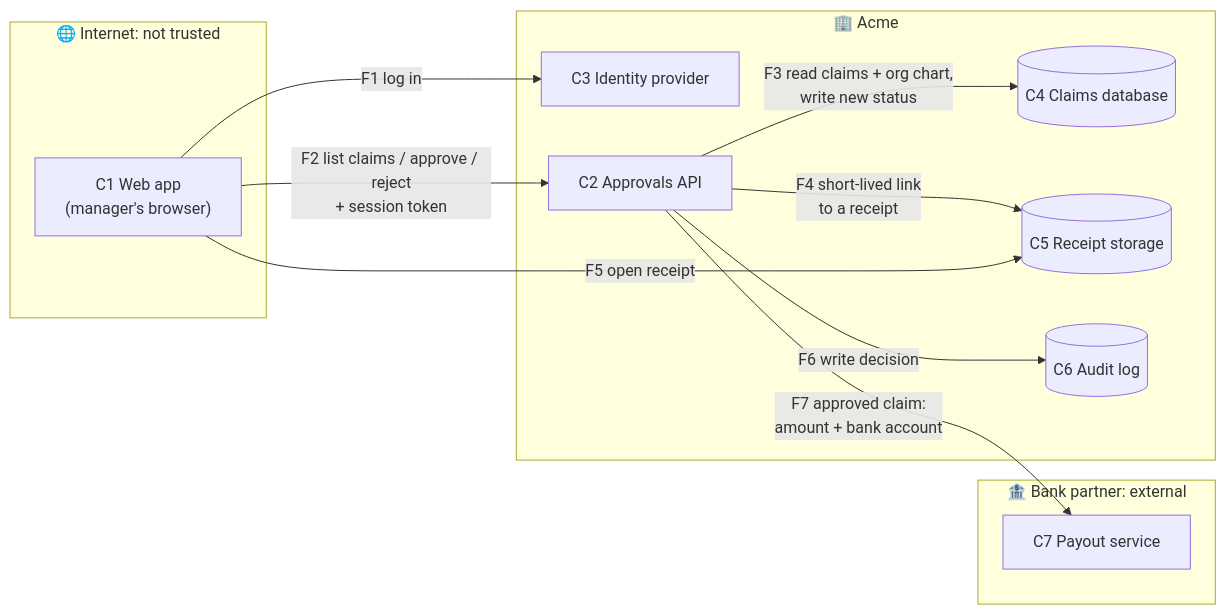
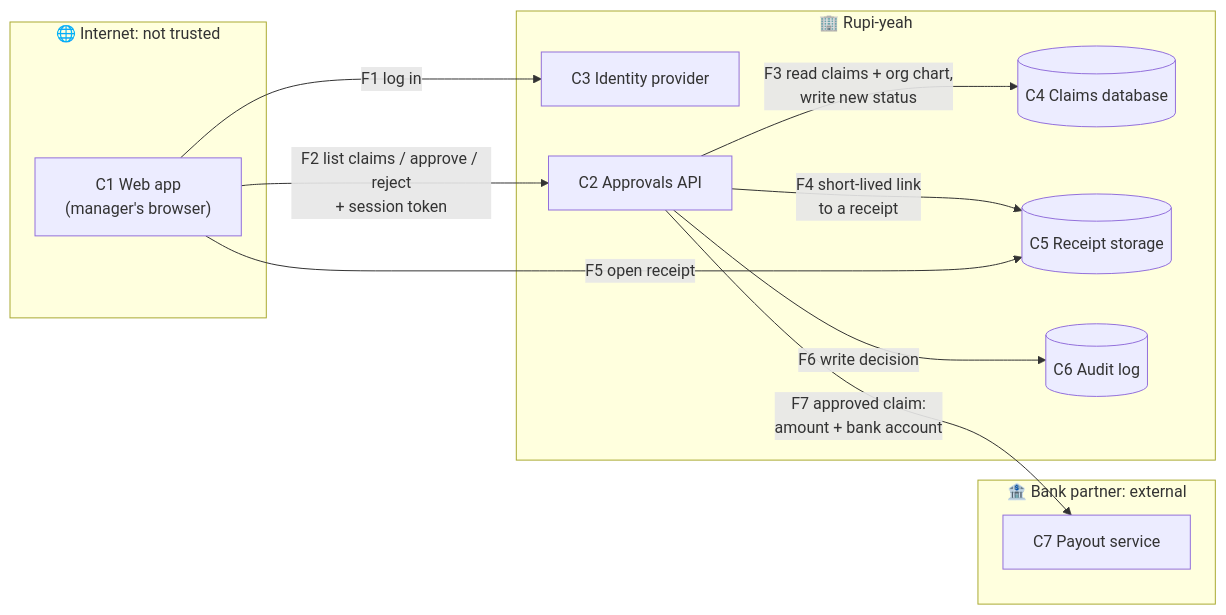
Before and after one commit to padmanabhan-r/agentic-secure-sdlc: the diagram in docs/design/expense-approval.md, drawn with Mermaid. The commit also changed other lines of this file, not shown here.

Commit message:
Design: rename to Rupi-yeah

````diff
--- a/docs/design/expense-approval.md
+++ b/docs/design/expense-approval.md
@@ -25,23 +25,23 @@
 ```mermaid
 flowchart LR
     subgraph internet["🌐 Internet: not trusted"]
         C1["C1 Web app<br/>(manager's browser)"]
     end
-    subgraph acme["🏢 Acme"]
+    subgraph rupiyeah["🏢 Rupi-yeah"]
         C3["C3 Identity provider"]
         C2["C2 Approvals API"]
         C4[("C4 Claims database")]
         C5[("C5 Receipt storage")]
         C6[("C6 Audit log")]
     end
     subgraph bank["🏦 Bank partner: external"]
         C7["C7 Payout service"]
     end
     C1 -->|"F1 log in"| C3
     C1 -->|"F2 list claims / approve / reject<br/>+ session token"| C2
     C2 -->|"F3 read claims + org chart,<br/>write new status"| C4
     C2 -->|"F4 short-lived link<br/>to a receipt"| C5
     C1 -->|"F5 open receipt"| C5
     C2 -->|"F6 write decision"| C6
     C2 -->|"F7 approved claim:<br/>amount + bank account"| C7
 ```
````
